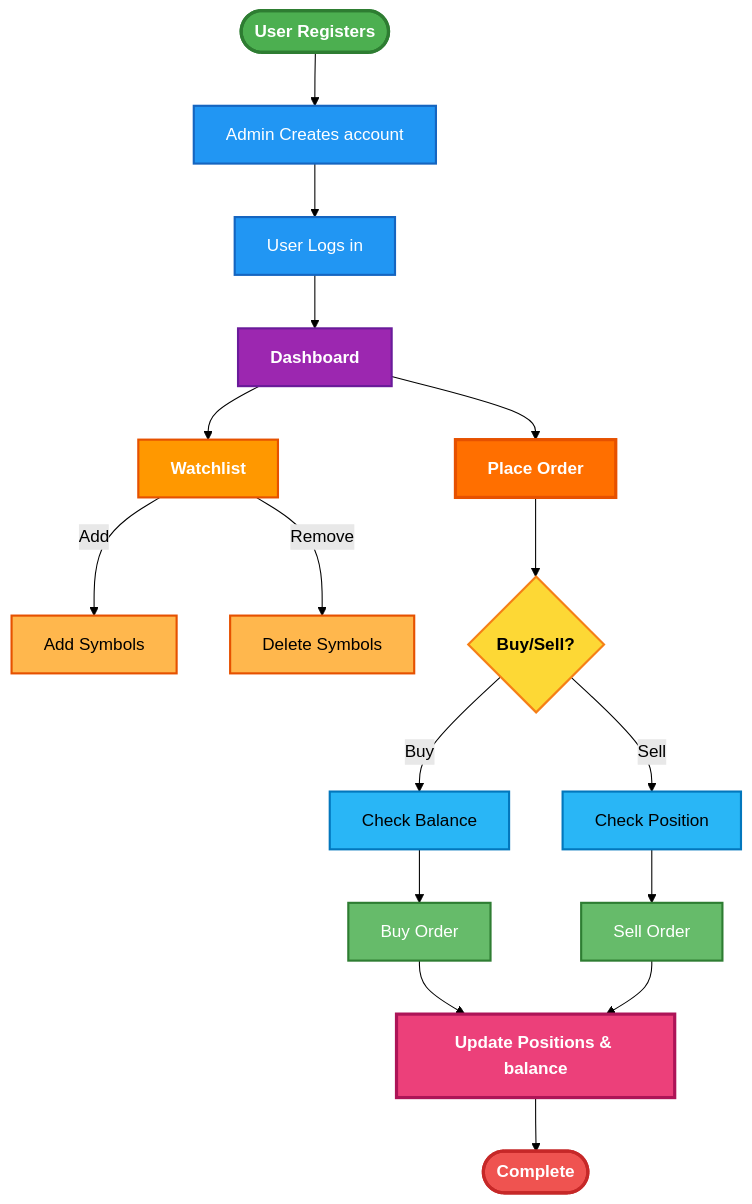
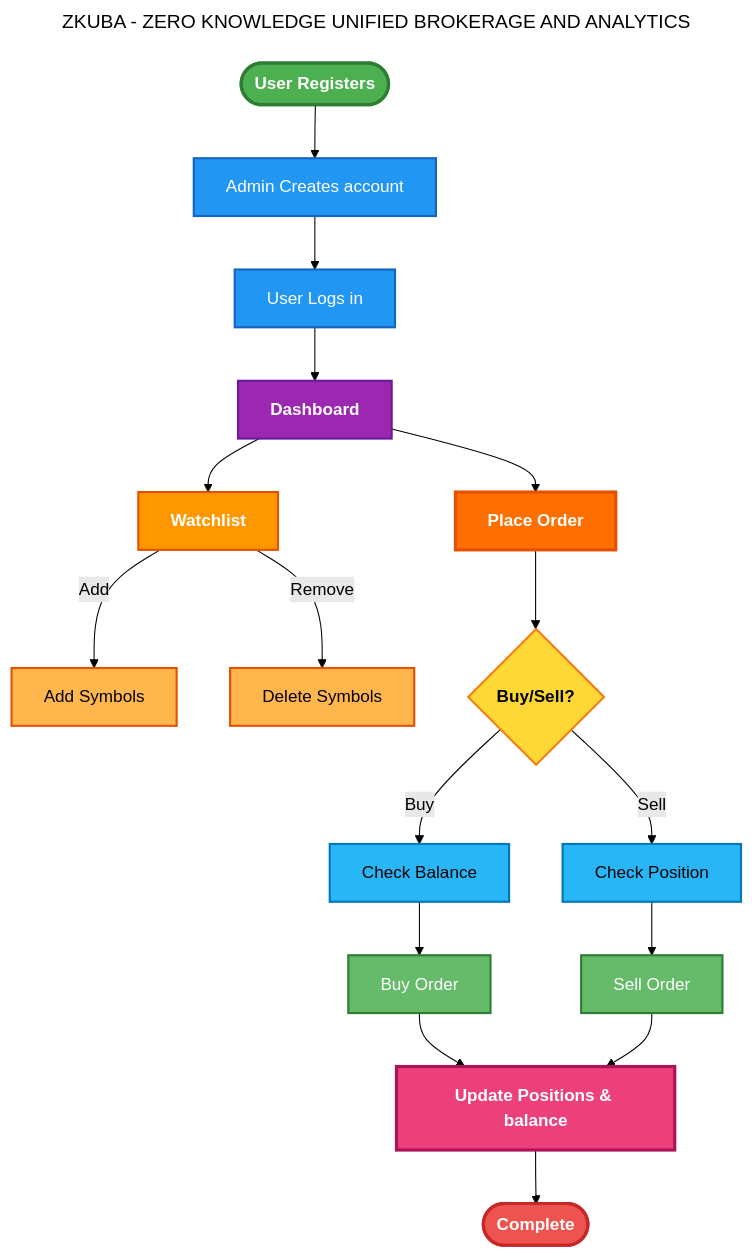
One commit to Pranav0209/trading-platform changed the diagram in sprint-06-trade-api/src/main/resources/userFlowDiagram.mmd. Above: the diagram before and after it, drawn with Mermaid (forest theme). The commit also changed 1 other file, not shown here.

Commit message:
Clean redundant code and changes in flow diagram

```diff
--- a/sprint-06-trade-api/src/main/resources/userFlowDiagram.mmd
+++ b/sprint-06-trade-api/src/main/resources/userFlowDiagram.mmd
@@ -1,39 +1,43 @@
+---
+title: ZKUBA - ZERO KNOWLEDGE UNIFIED BROKERAGE AND ANALYTICS
+---
+
 flowchart TD
     Start([User Registers]) --> Admin[Admin Creates account]
     Admin --> Login[User Logs in]
     Login --> Dashboard[Dashboard]
 
     Dashboard --> Watchlist[Watchlist]
     Watchlist -->|Add| AddSymbol[Add Symbols]
     Watchlist -->|Remove| DelSymbol[Delete Symbols]
 
     Dashboard --> PlaceOrder[Place Order]
 
     PlaceOrder --> OrderType{Buy/Sell?}
 
     OrderType -->|Buy| CheckBalance[Check Balance]
     CheckBalance --> BuyOrder[Buy Order]
 
     OrderType -->|Sell| CheckPosition[Check Position]
     CheckPosition --> SellOrder[Sell Order]
 
     BuyOrder --> UpdatePos[Update Positions & balance]
     SellOrder --> UpdatePos
 
     UpdatePos --> End([Complete])
 
     style Start fill:#4CAF50,stroke:#2E7D32,stroke-width:3px,color:#fff,font-weight:bold
     style Admin fill:#2196F3,stroke:#1565C0,stroke-width:2px,color:#fff
     style Login fill:#2196F3,stroke:#1565C0,stroke-width:2px,color:#fff
     style Dashboard fill:#9C27B0,stroke:#6A1B9A,stroke-width:2px,color:#fff,font-weight:bold
     style Watchlist fill:#FF9800,stroke:#E65100,stroke-width:2px,color:#fff,font-weight:bold
     style AddSymbol fill:#FFB74D,stroke:#E65100,stroke-width:2px,color:#000
     style DelSymbol fill:#FFB74D,stroke:#E65100,stroke-width:2px,color:#000
     style PlaceOrder fill:#FF6F00,stroke:#E65100,stroke-width:3px,color:#fff,font-weight:bold
     style OrderType fill:#FDD835,stroke:#F57F17,stroke-width:2px,color:#000,font-weight:bold
     style CheckBalance fill:#29B6F6,stroke:#0277BD,stroke-width:2px,color:#000
     style CheckPosition fill:#29B6F6,stroke:#0277BD,stroke-width:2px,color:#000
     style BuyOrder fill:#66BB6A,stroke:#2E7D32,stroke-width:2px,color:#fff
     style SellOrder fill:#66BB6A,stroke:#2E7D32,stroke-width:2px,color:#fff
     style UpdatePos fill:#EC407A,stroke:#AD1457,stroke-width:3px,color:#fff,font-weight:bold
     style End fill:#EF5350,stroke:#C62828,stroke-width:3px,color:#fff,font-weight:bold
```
